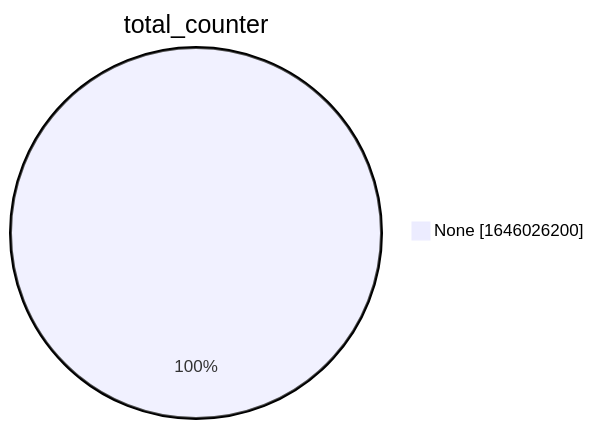
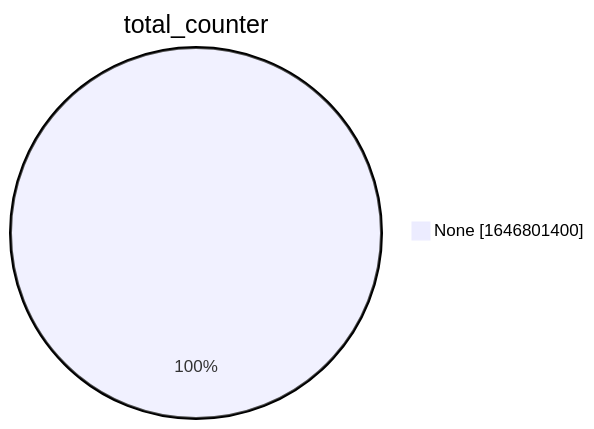
The second of 15 diagrams in xenon2022/README.md (christiankrug/ctmonitor_visualization), drawn with Mermaid before and after one commit. The commit also changed other lines of this file, not shown here.

````diff
--- a/xenon2022/README.md
+++ b/xenon2022/README.md
@@ -9,5 +9,5 @@
 ```mermaid
 pie showData
 title total_counter
-"None" :1646026200
+"None" :1646801400
 ```
````
